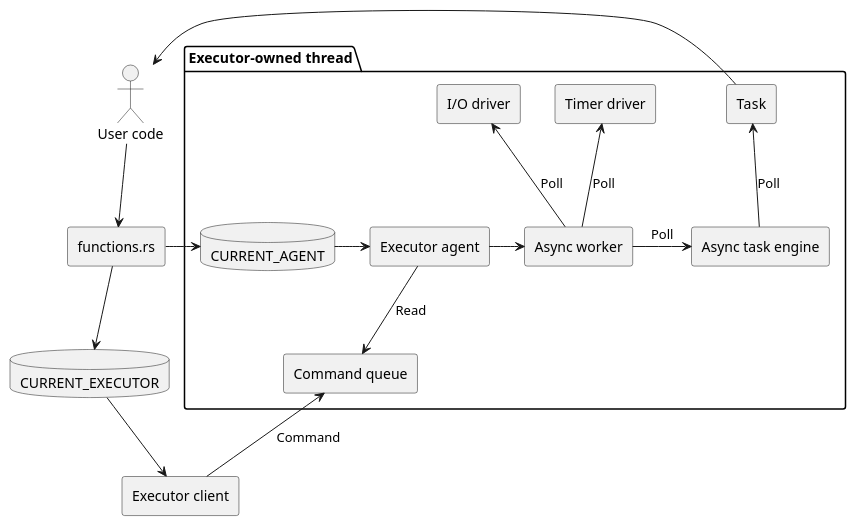
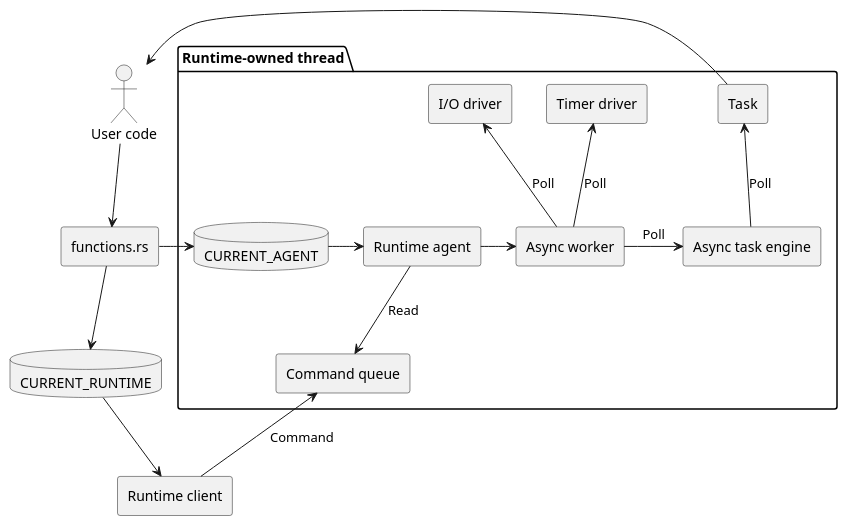
The diagram in doc/ExecutorRelations.wsd (sandersaares/folo), drawn with PlantUML before and after one commit. The commit also changed 17 other files, not shown here.

Commit message:
executor -> runtime

```diff
--- a/doc/ExecutorRelations.wsd
+++ b/doc/ExecutorRelations.wsd
@@ -1,44 +1,44 @@
 @startuml
 
 actor "User code" as User
 
 rectangle "functions.rs" as Functions
 
 User --> Functions
 
-database "CURRENT_EXECUTOR" as CurrentExecutor
+database "CURRENT_RUNTIME" as CurrentRuntime
 
-package "Executor-owned thread" {
+package "Runtime-owned thread" {
     database "CURRENT_AGENT" as CurrentAgent
-    rectangle "Executor agent" as Agent
+    rectangle "Runtime agent" as Agent
     rectangle "Async worker" as Async
     rectangle "Async task engine" as AsyncEngine
 
     CurrentAgent -> Agent
     Agent -> Async
     Async -> AsyncEngine : Poll
 
     rectangle "I/O driver" as IO
     Async -up-> IO : Poll
 
     rectangle "Timer driver" as Timers
     Async -up-> Timers : Poll
 
     rectangle "Task" as Task
 
     AsyncEngine -up-> Task : Poll
     Task -left-> User
 
     rectangle "Command queue" as AgentTask
     Agent --> AgentTask : Read
 }
 
-Functions --> CurrentExecutor
+Functions --> CurrentRuntime
 Functions -> CurrentAgent
 
-rectangle "Executor client" as ExecutorClient
+rectangle "Runtime client" as RuntimeClient
 
-CurrentExecutor -> ExecutorClient
-ExecutorClient -up-> AgentTask : Command
+CurrentRuntime -> RuntimeClient
+RuntimeClient -up-> AgentTask : Command
 
 @enduml
```
